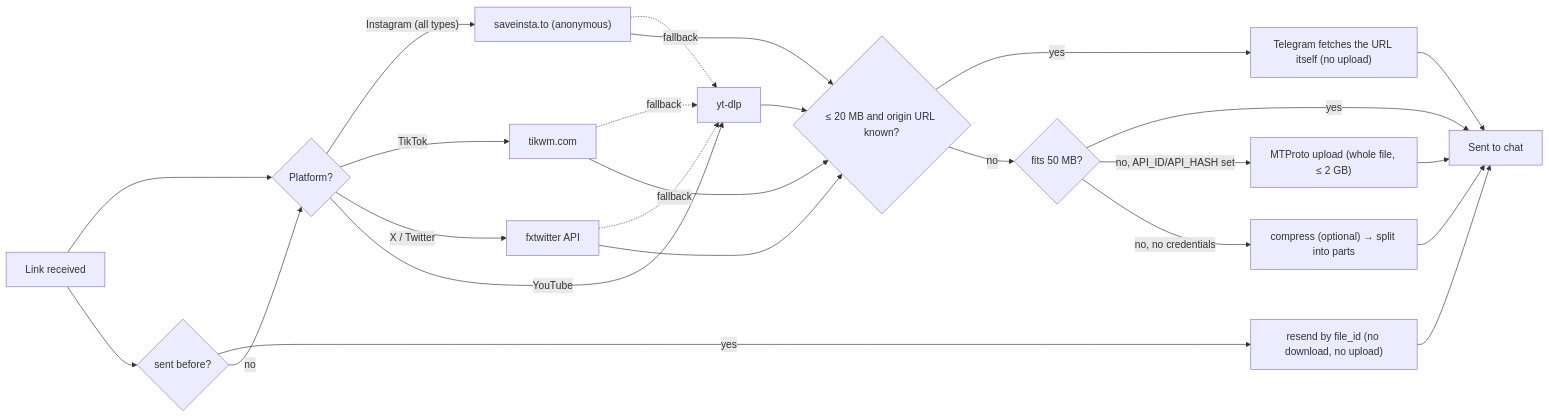
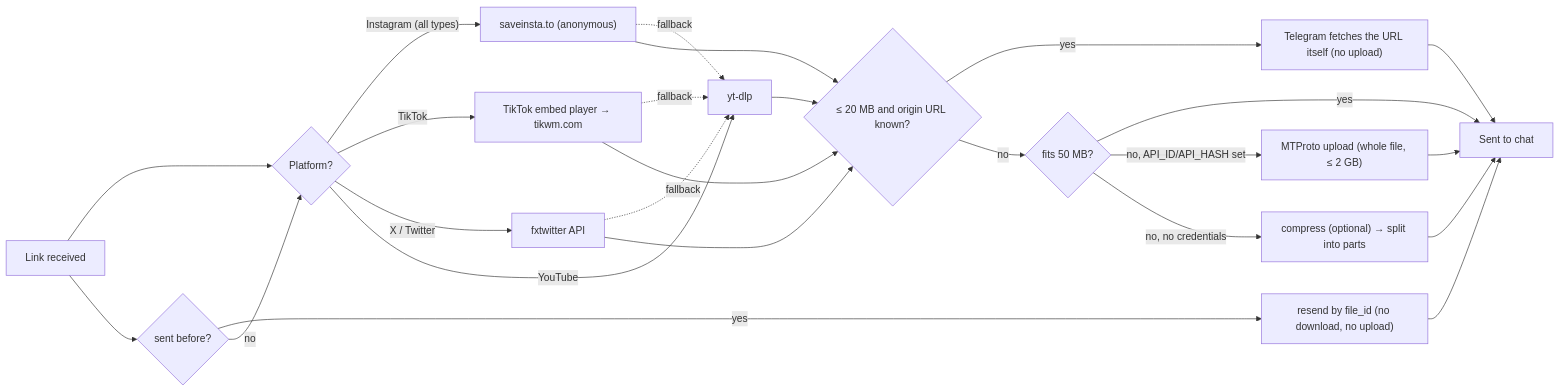
One commit to m0hx65/LinkToClip changed the diagram in README.md. Above: the diagram before and after it, drawn with Mermaid. The commit also changed other lines of this file and 2 other files, not shown here.

````diff
--- a/README.md
+++ b/README.md
@@ -36,20 +36,20 @@
 ```mermaid
 flowchart LR
     A[Link received] --> B{Platform?}
     B -- "Instagram (all types)" --> S["saveinsta.to (anonymous)"]
-    B -- "TikTok" --> TK[tikwm.com]
+    B -- "TikTok" --> TK["TikTok embed player → tikwm.com"]
     B -- "X / Twitter" --> FX[fxtwitter API]
     B -- "YouTube" --> Y[yt-dlp]
     S -. fallback .-> Y
     TK -. fallback .-> Y
     FX -. fallback .-> Y
     A --> C{"sent before?"}
     C -- "yes" --> FID["resend by file_id (no download, no upload)"] --> OK
     C -- "no" --> B
     S & TK & FX & Y --> U{"≤ 20 MB and origin URL known?"}
     U -- "yes" --> URL["Telegram fetches the URL itself (no upload)"] --> OK[Sent to chat]
     U -- "no" --> SZ{"fits 50 MB?"}
     SZ -- "yes" --> OK
     SZ -- "no, API_ID/API_HASH set" --> MT["MTProto upload (whole file, ≤ 2 GB)"] --> OK
     SZ -- "no, no credentials" --> CP["compress (optional) → split into parts"] --> OK
 ```
````
